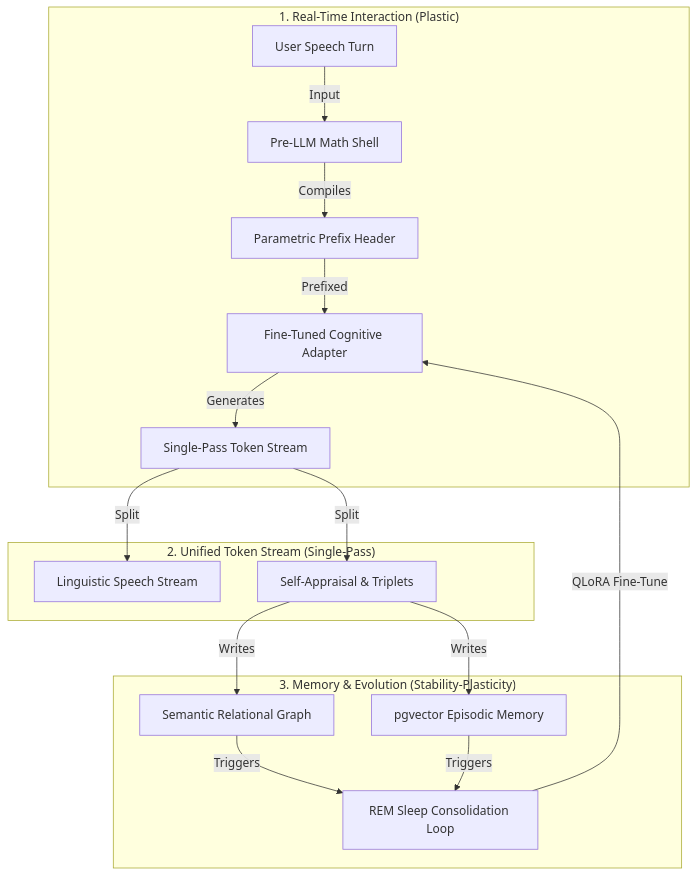
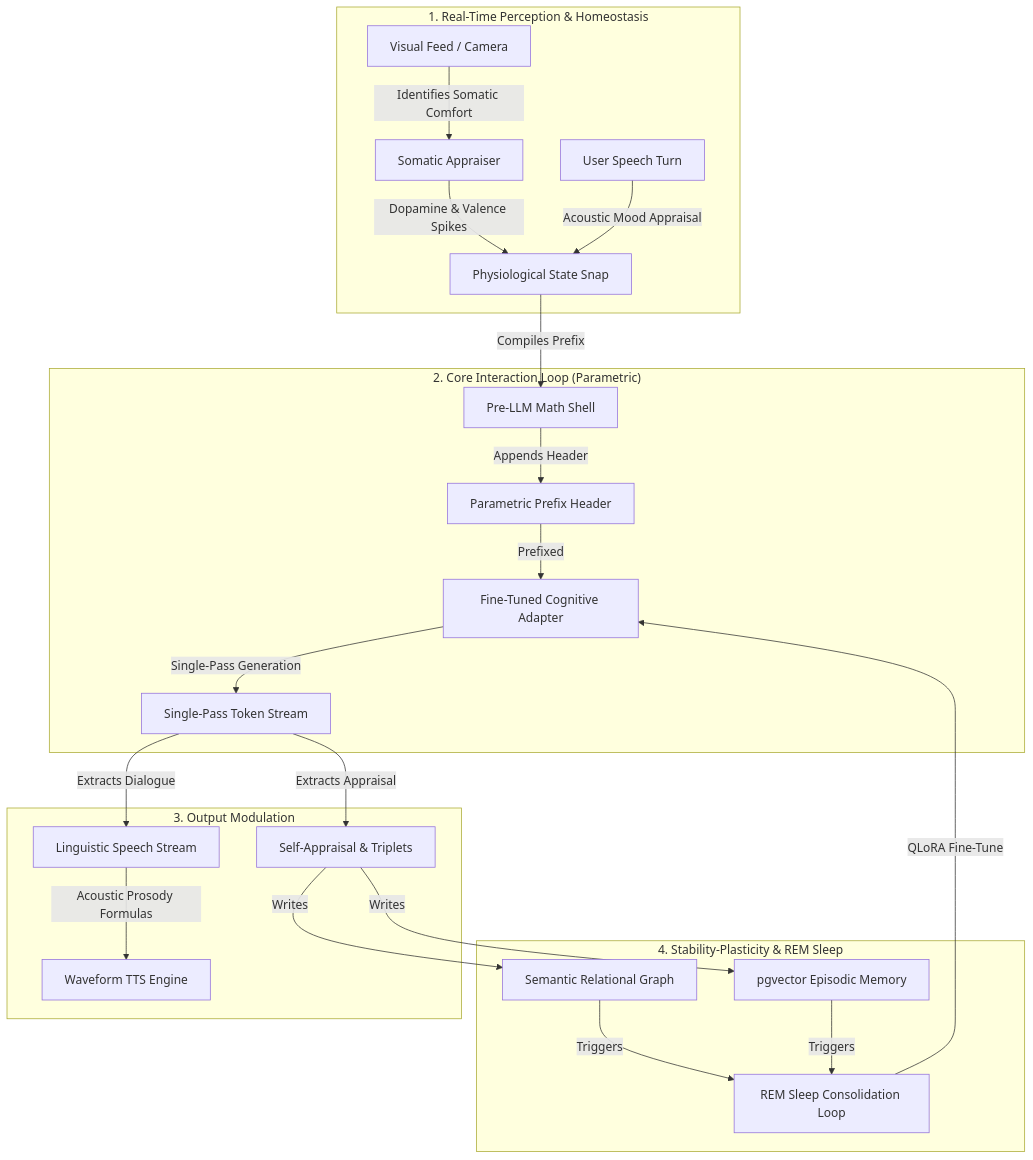
Before and after one commit to Aniket-a14/AI_friend: the diagram in docs/cvs4_architecture_roadmap.md, drawn with Mermaid. The commit also changed other lines of this file and 2 other files, not shown here.

Commit message:
feat: transition memory attributes to continuous distributions and upgrade V4 architecture roadmap

````diff
--- a/docs/cvs4_architecture_roadmap.md
+++ b/docs/cvs4_architecture_roadmap.md
@@ -11,22 +11,29 @@
 ```mermaid
 graph TB
-    subgraph "1. Real-Time Interaction (Plastic)"
-        User[User Speech Turn] -->|Input| Core[Pre-LLM Math Shell]
-        Core -->|Compiles| ParamPrefix[Parametric Prefix Header]
-        ParamPrefix -->|Prefixed| Adapter[Fine-Tuned Cognitive Adapter]
-        Adapter -->|Generates| UnifiedGen[Single-Pass Token Stream]
+    subgraph "1. Real-Time Perception & Homeostasis"
+        Vision[Visual Feed / Camera] -->|Identifies Somatic Comfort| VisApp[Somatic Appraiser]
+        VisApp -->|Dopamine & Valence Spikes| Endocrine[Physiological State Snap]
+        UserSpeech[User Speech Turn] -->|Acoustic Mood Appraisal| Endocrine
     end
 
-    subgraph "2. Unified Token Stream (Single-Pass)"
-        UnifiedGen -->|Split| Dialogue[Linguistic Speech Stream]
-        UnifiedGen -->|Split| Appraisal[Self-Appraisal & Triplets]
+    subgraph "2. Core Interaction Loop (Parametric)"
+        Endocrine -->|Compiles Prefix| Core[Pre-LLM Math Shell]
+        Core -->|Appends Header| ParamPrefix[Parametric Prefix Header]
+        ParamPrefix -->|Prefixed| Adapter[Fine-Tuned Cognitive Adapter]
+        Adapter -->|Single-Pass Generation| UnifiedGen[Single-Pass Token Stream]
     end
 
-    subgraph "3. Memory & Evolution (Stability-Plasticity)"
+    subgraph "3. Output Modulation"
+        UnifiedGen -->|Extracts Dialogue| Dialogue[Linguistic Speech Stream]
+        Dialogue -->|Acoustic Prosody Formulas| TTS[Waveform TTS Engine]
+        UnifiedGen -->|Extracts Appraisal| Appraisal[Self-Appraisal & Triplets]
+    end
+
+    subgraph "4. Stability-Plasticity & REM Sleep"
         Appraisal -->|Writes| Neo4j[Semantic Relational Graph]
         Appraisal -->|Writes| PG[pgvector Episodic Memory]
         Neo4j -->|Triggers| REM[REM Sleep Consolidation Loop]
         PG -->|Triggers| REM
         REM -->|QLoRA Fine-Tune| Adapter
     end
 ```
````
